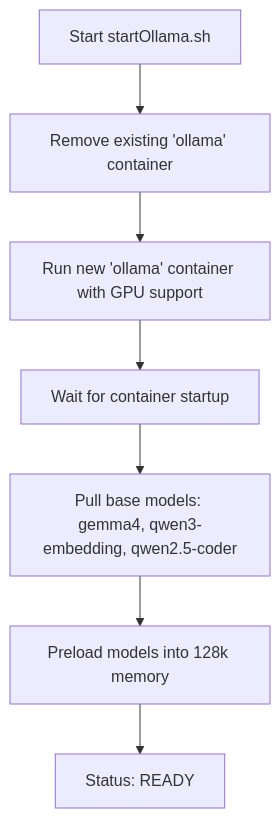
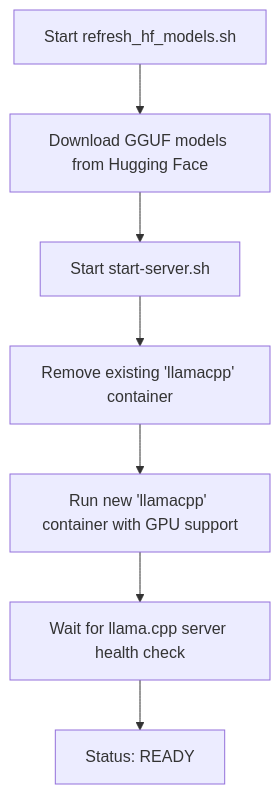
Before and after one commit to mustex/turbo-memory: the diagram in README.md, drawn with Mermaid. The commit also changed other lines of this file and 5 other files, not shown here.

First line of the commit message:
migrate from Ollama to llama.cpp backend

````diff
--- a/README.md
+++ b/README.md
@@ -7,9 +7,9 @@
 ```mermaid
 graph TD
-    A[Start startOllama.sh] --> B[Remove existing 'ollama' container]
-    B --> C[Run new 'ollama' container with GPU support]
-    C --> D[Wait for container startup]
-    D --> E[Pull base models: gemma4, qwen3-embedding, qwen2.5-coder]
-    E --> F[Preload models into 128k memory]
+    A[Start refresh_hf_models.sh] --> B[Download GGUF models from Hugging Face]
+    B --> C[Start start-server.sh]
+    C --> D[Remove existing 'llamacpp' container]
+    D --> E[Run new 'llamacpp' container with GPU support]
+    E --> F[Wait for llama.cpp server health check]
     F --> G[Status: READY]
 ```
````
